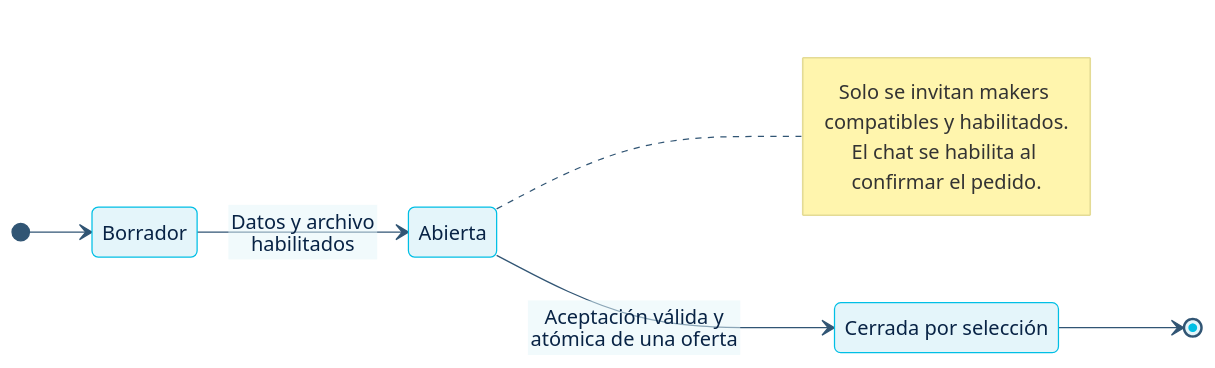
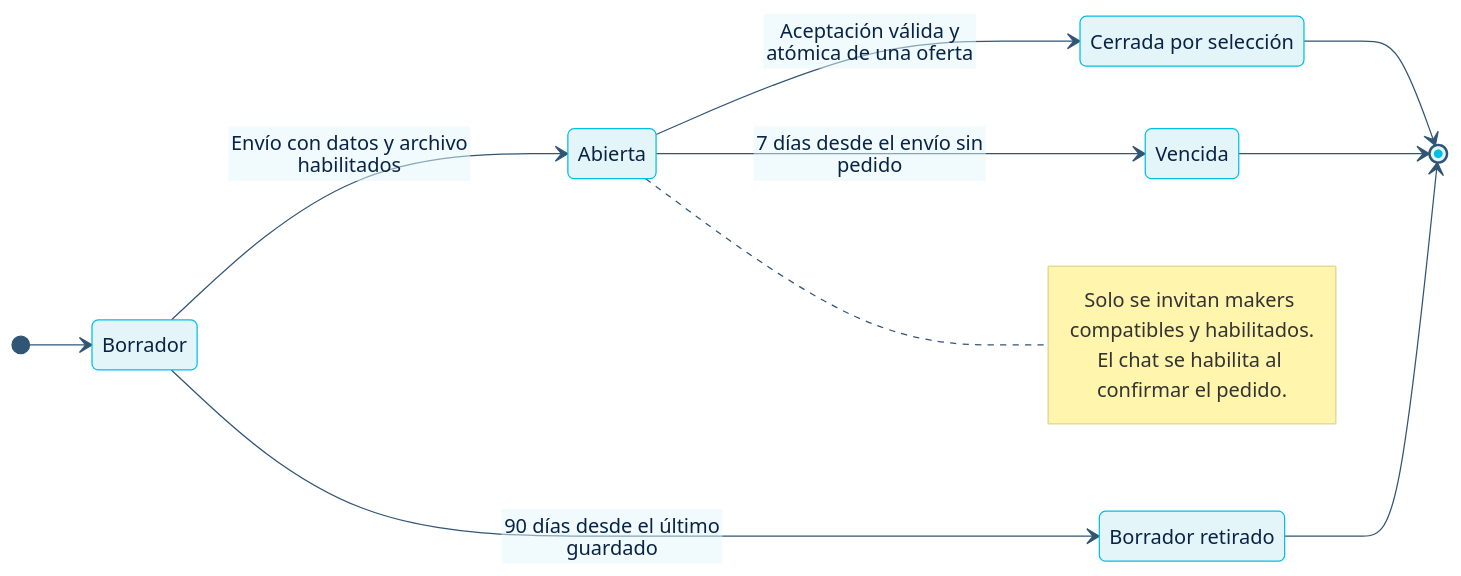
Before and after one commit to chill0101/3daltoque-docs: the diagram in public/documentos/1441f04a2334-estados-solicitud.mmd, drawn with Mermaid. The commit also changed 103 other files, not shown here.

```diff
--- a/public/documentos/1441f04a2334-estados-solicitud.mmd
+++ b/public/documentos/1441f04a2334-estados-solicitud.mmd
@@ -1,14 +1,20 @@
 %%{init: {"theme":"base","themeVariables":{"primaryColor":"#E4F5FA","primaryTextColor":"#082345","primaryBorderColor":"#00BFE5","lineColor":"#315574","secondaryColor":"#F5F8FC","tertiaryColor":"#FFFFFF","fontFamily":"Manrope, sans-serif"},"flowchart":{"htmlLabels":false},"class":{"htmlLabels":false}}}%%
 stateDiagram-v2
   direction LR
   state "Borrador" as borrador
   state "Abierta" as abierta
   state "Cerrada por selección" as cerrada
+  state "Vencida" as vencida
+  state "Borrador retirado" as borrador_retirado
   [*] --> borrador
-  borrador --> abierta: Datos y archivo habilitados
+  borrador --> abierta: Envío con datos y archivo habilitados
+  borrador --> borrador_retirado: 90 días desde el último guardado
+  borrador_retirado --> [*]
   abierta --> cerrada: Aceptación válida y atómica de una oferta
   cerrada --> [*]
+  abierta --> vencida: 7 días desde el envío sin pedido
+  vencida --> [*]
   note right of abierta
     Solo se invitan makers compatibles y habilitados.
     El chat se habilita al confirmar el pedido.
   end note
```
